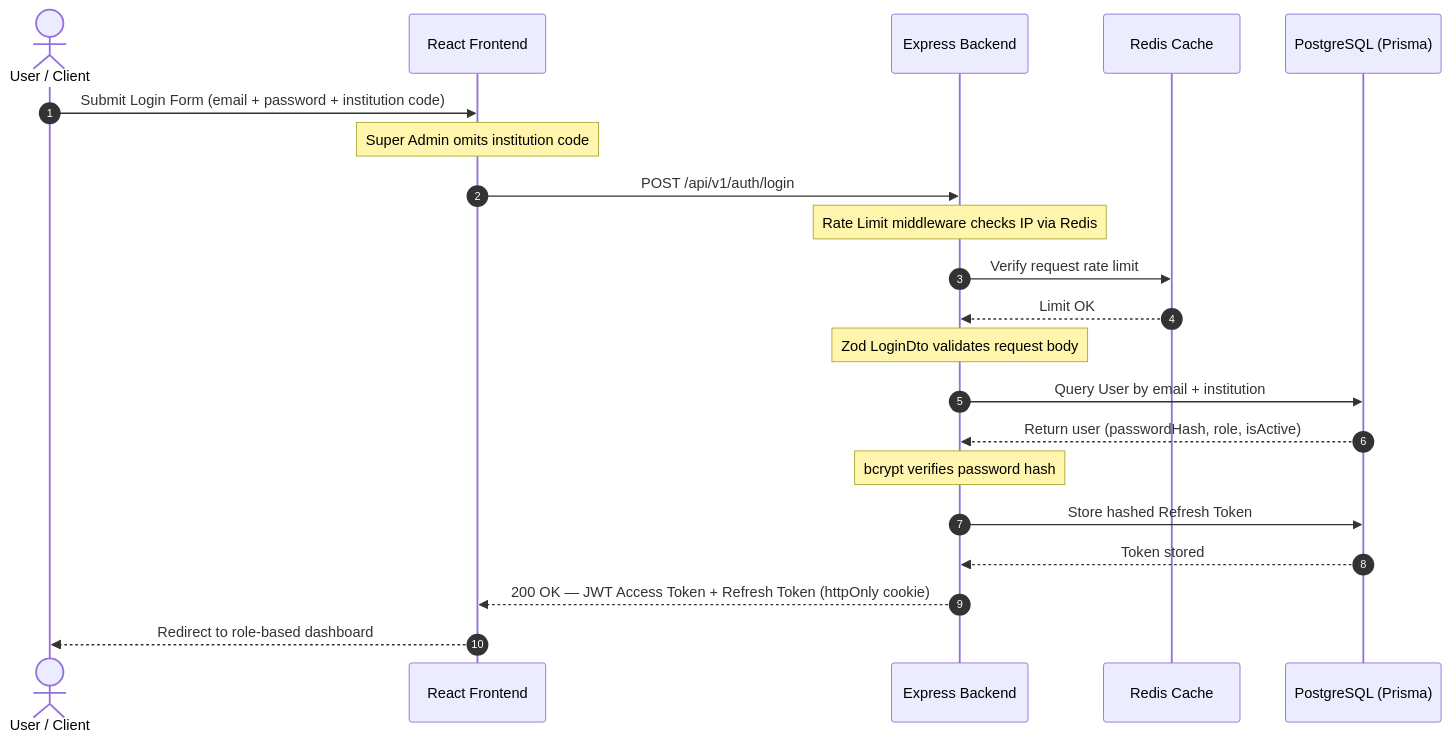
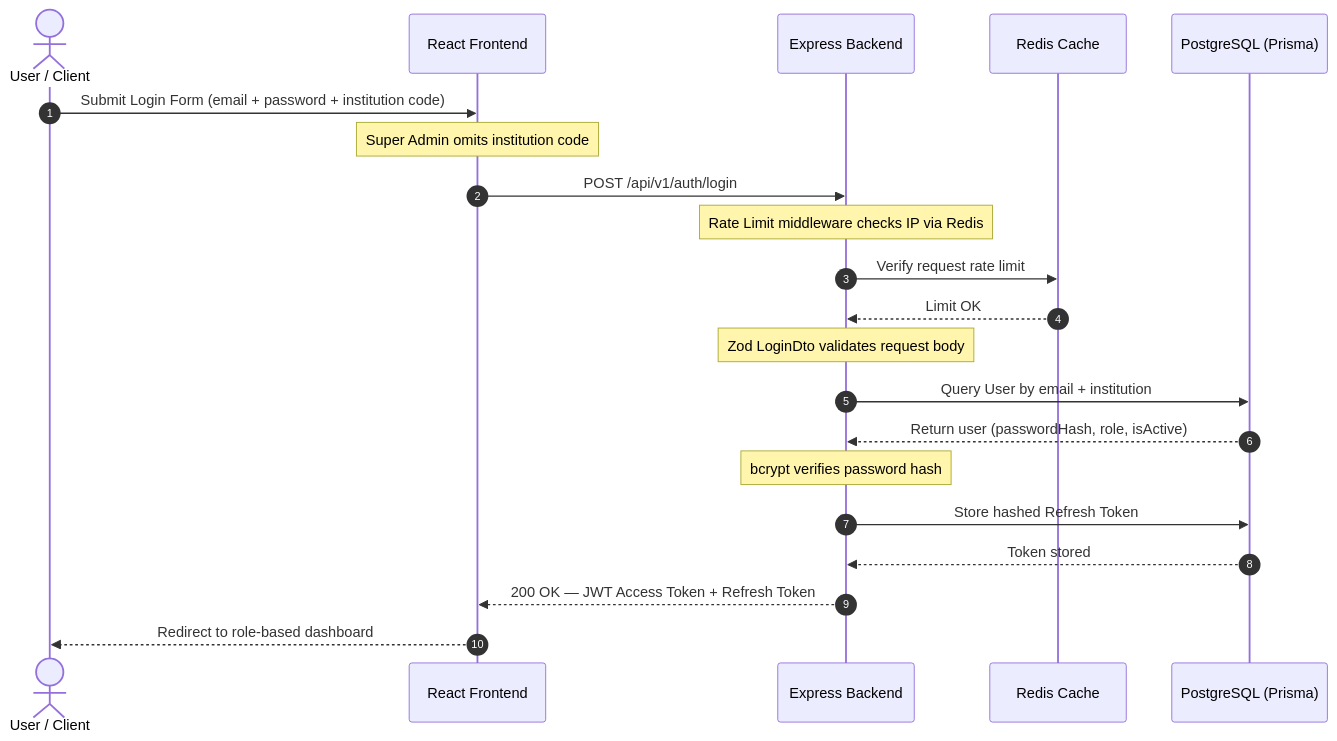
Before and after one commit to RafatAiub/PeopleIT-SMS-student-management-system-: the second of 5 diagrams in README.md, drawn with Mermaid. The commit also changed other lines of this file, not shown here.

````diff
--- a/README.md
+++ b/README.md
@@ -55,28 +94,28 @@
 ```mermaid
 sequenceDiagram
     autonumber
     actor User as User / Client
     participant FE as React Frontend
     participant BE as Express Backend
     participant Redis as Redis Cache
     participant DB as PostgreSQL (Prisma)
 
     User->>FE: Submit Login Form (email + password + institution code)
     Note over FE: Super Admin omits institution code
     FE->>BE: POST /api/v1/auth/login
 
     Note over BE: Rate Limit middleware checks IP via Redis
     BE->>Redis: Verify request rate limit
     Redis-->>BE: Limit OK
 
     Note over BE: Zod LoginDto validates request body
     BE->>DB: Query User by email + institution
     DB-->>BE: Return user (passwordHash, role, isActive)
 
     Note over BE: bcrypt verifies password hash
     BE->>DB: Store hashed Refresh Token
     DB-->>BE: Token stored
 
-    BE-->>FE: 200 OK — JWT Access Token + Refresh Token (httpOnly cookie)
+    BE-->>FE: 200 OK — JWT Access Token + Refresh Token
     FE-->>User: Redirect to role-based dashboard
 ```
````
